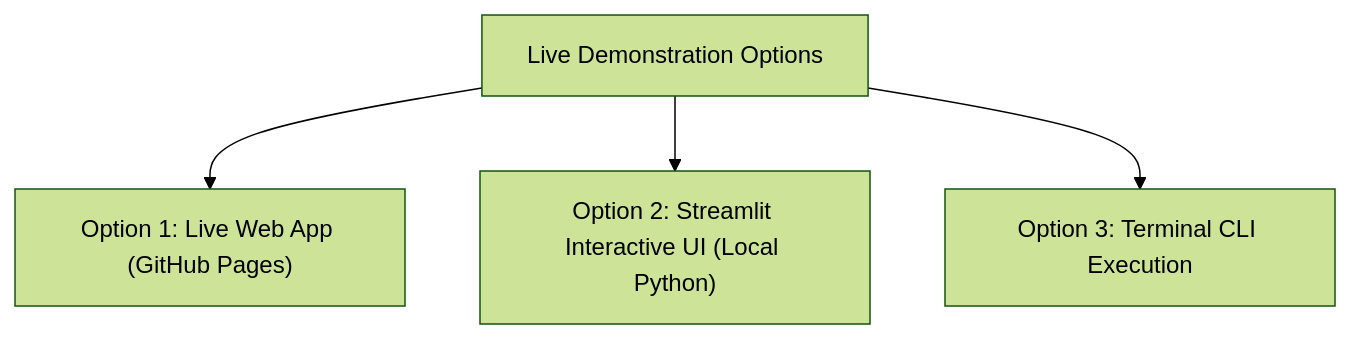
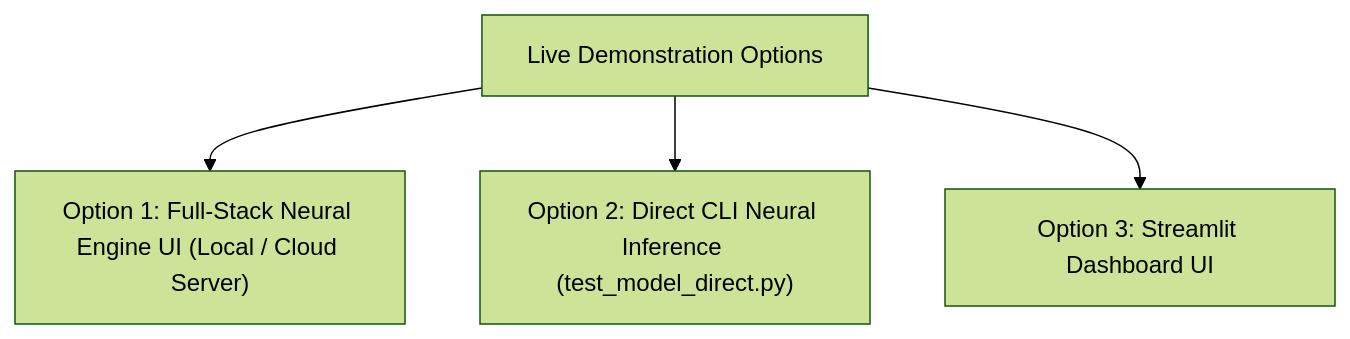
The seventh of 7 diagrams in README.MD (Ken-Kanike/DL-Mini-Project), drawn with Mermaid (forest theme) before and after one commit. The commit also changed other lines of this file and 9 other files, not shown here.

````diff
--- a/README.MD
+++ b/README.MD
@@ -334,6 +338,6 @@
 ```mermaid
 graph TD
-    Demo["Live Demonstration Options"] --> Opt1["Option 1: Live Web App (GitHub Pages)"]
-    Demo --> Opt2["Option 2: Streamlit Interactive UI (Local Python)"]
-    Demo --> Opt3["Option 3: Terminal CLI Execution"]
+    Demo["Live Demonstration Options"] --> Opt1["Option 1: Full-Stack Neural Engine UI (Local / Cloud Server)"]
+    Demo --> Opt2["Option 2: Direct CLI Neural Inference (test_model_direct.py)"]
+    Demo --> Opt3["Option 3: Streamlit Dashboard UI"]
 ```
````
